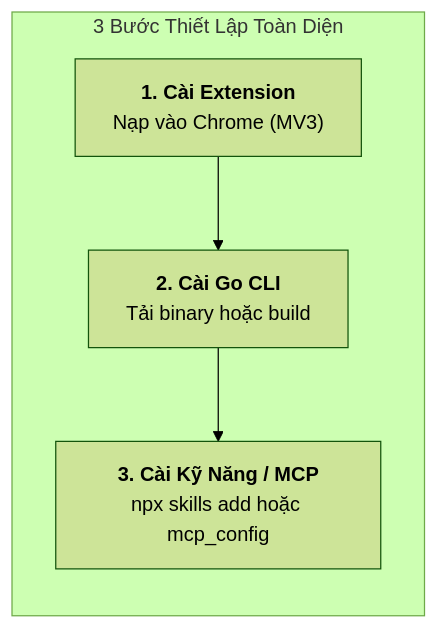
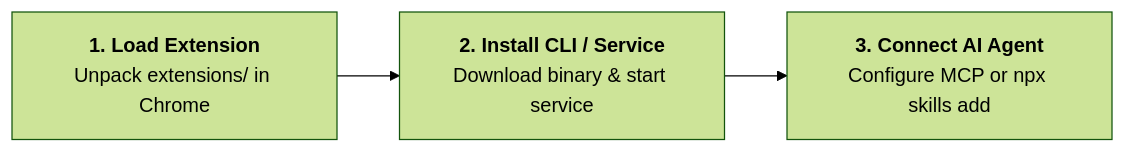
The diagram in README.md (ducconit/agent-pilot), drawn with Mermaid (forest theme) before and after one commit. The commit also changed other lines of this file and 2 other files, not shown here.

````diff
--- a/README.md
+++ b/README.md
@@ -171,7 +36,5 @@
 ```mermaid
 flowchart LR
-    subgraph Install["3 Bước Thiết Lập Toàn Diện"]
-        A["<b>1. Cài Extension</b><br/>Nạp vào Chrome (MV3)"] --> B["<b>2. Cài Go CLI</b><br/>Tải binary hoặc build"]
-        B --> C["<b>3. Cài Kỹ Năng / MCP</b><br/>npx skills add hoặc mcp_config"]
-    end
+    A["<b>1. Load Extension</b><br/>Unpack extensions/ in Chrome"] --> B["<b>2. Install CLI / Service</b><br/>Download binary & start service"]
+    B --> C["<b>3. Connect AI Agent</b><br/>Configure MCP or npx skills add"]
 ```
````
